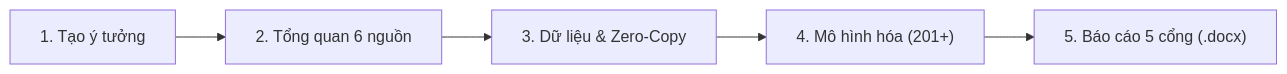
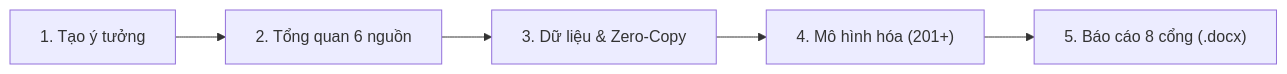
The diagram in docs/ecolab/overview.md (vietlod/docs), drawn with Mermaid before and after one commit. The commit also changed other lines of this file and 6 other files, not shown here.

````diff
--- a/docs/ecolab/overview.md
+++ b/docs/ecolab/overview.md
@@ -43,7 +45,7 @@
 ```mermaid
 flowchart LR
     A["1. Tạo ý tưởng"] --> B["2. Tổng quan 6 nguồn"]
     B --> C["3. Dữ liệu & Zero-Copy"]
     C --> D["4. Mô hình hóa (201+)"]
-    D --> E["5. Báo cáo 5 cổng (.docx)"]
+    D --> E["5. Báo cáo 8 cổng (.docx)"]
 ```
````
